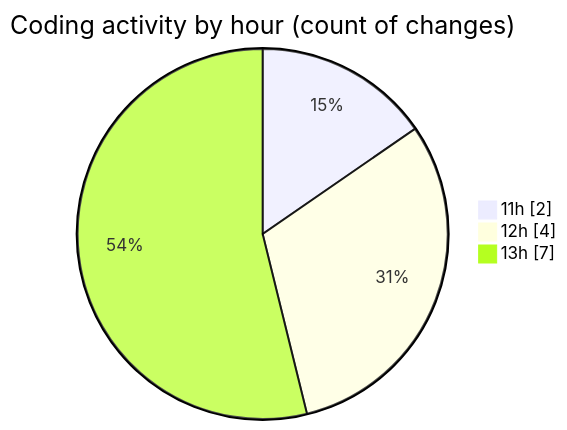
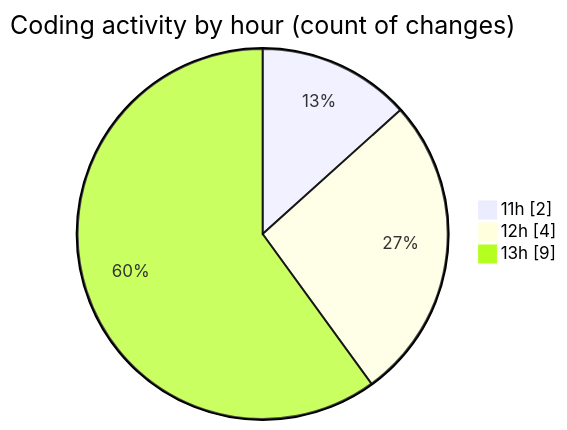
One commit to nxtqubesakshisongat/code-tracking changed the second of 2 diagrams in 2025-12-28/nxtqube_webapp/README.md. Above: the diagram before and after it, drawn with Mermaid. The commit also changed other lines of this file and 1 other file, not shown here.

````diff
--- a/2025-12-28/nxtqube_webapp/README.md
+++ b/2025-12-28/nxtqube_webapp/README.md
@@ -34,7 +34,7 @@
 ```mermaid
 pie showData
 title Coding activity by hour (count of changes)
 "11h" : 2
 "12h" : 4
-"13h" : 7
+"13h" : 9
 ```
````
